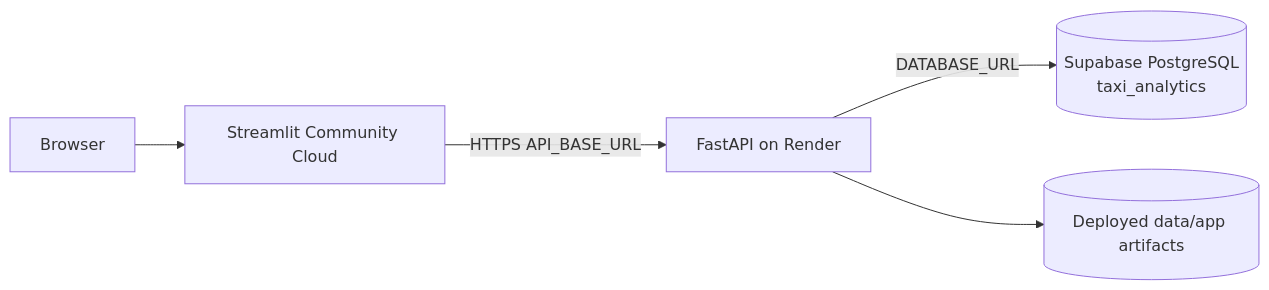
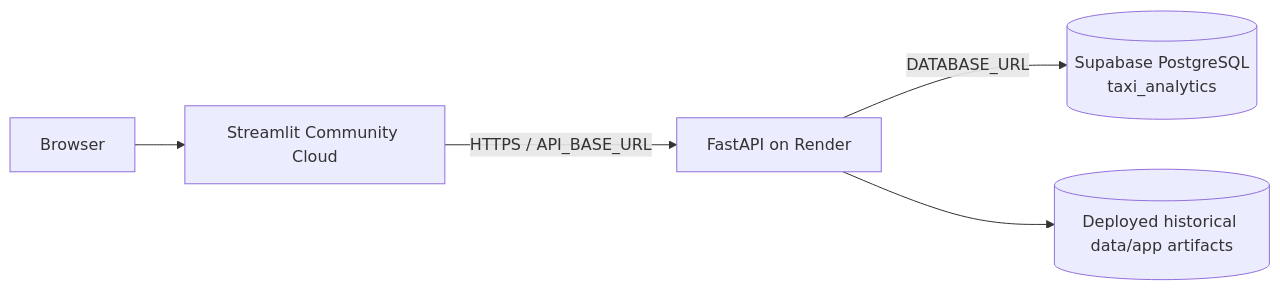
The second of 2 diagrams in docs/architecture.md (georgeballa7/NycTaxiDemandForecasting), drawn with Mermaid before and after one commit. The commit also changed other lines of this file, not shown here.

Commit message:
Update architecture documentation

````diff
--- a/docs/architecture.md
+++ b/docs/architecture.md
@@ -128,7 +148,7 @@
 ```mermaid
 flowchart LR
     U[Browser] --> ST[Streamlit Community Cloud]
-    ST -->|HTTPS API_BASE_URL| R[FastAPI on Render]
+    ST -->|HTTPS / API_BASE_URL| R[FastAPI on Render]
     R -->|DATABASE_URL| S[(Supabase PostgreSQL\ntaxi_analytics)]
-    R --> A[(Deployed data/app artifacts)]
+    R --> A[(Deployed historical data/app artifacts)]
 ```
````
